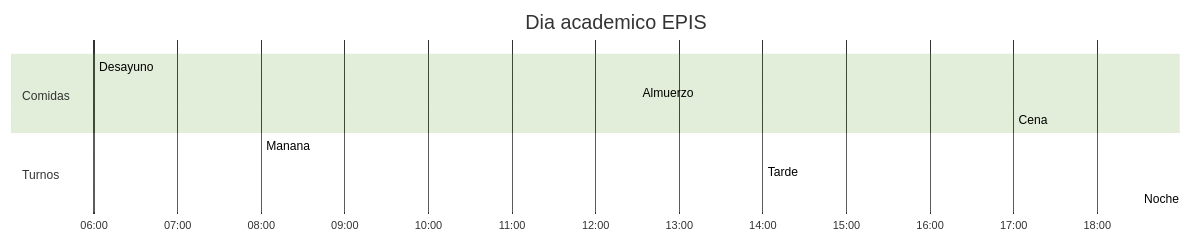
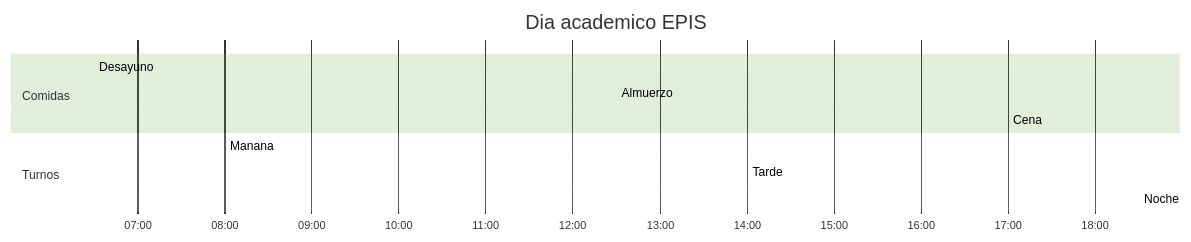
Before and after one commit to envysinho/scheduleapp: the diagram in docs/TURNOS-HORARIOS.md, drawn with Mermaid (forest theme). The commit also changed other lines of this file and 6 other files, not shown here.

````diff
--- a/docs/TURNOS-HORARIOS.md
+++ b/docs/TURNOS-HORARIOS.md
@@ -35,14 +35,14 @@
 ```mermaid
 gantt
   title Dia academico EPIS
   dateFormat HH:mm
   axisFormat %H:%M
   section Comidas
-  Desayuno  :06:00, 120min
+  Desayuno  :06:30, 90min
   Almuerzo  :12:30, 90min
   Cena      :17:00, 90min
   section Turnos
   Manana    :08:00, 270min
   Tarde     :14:00, 180min
   Noche     :18:30, 240min
 ```
````
